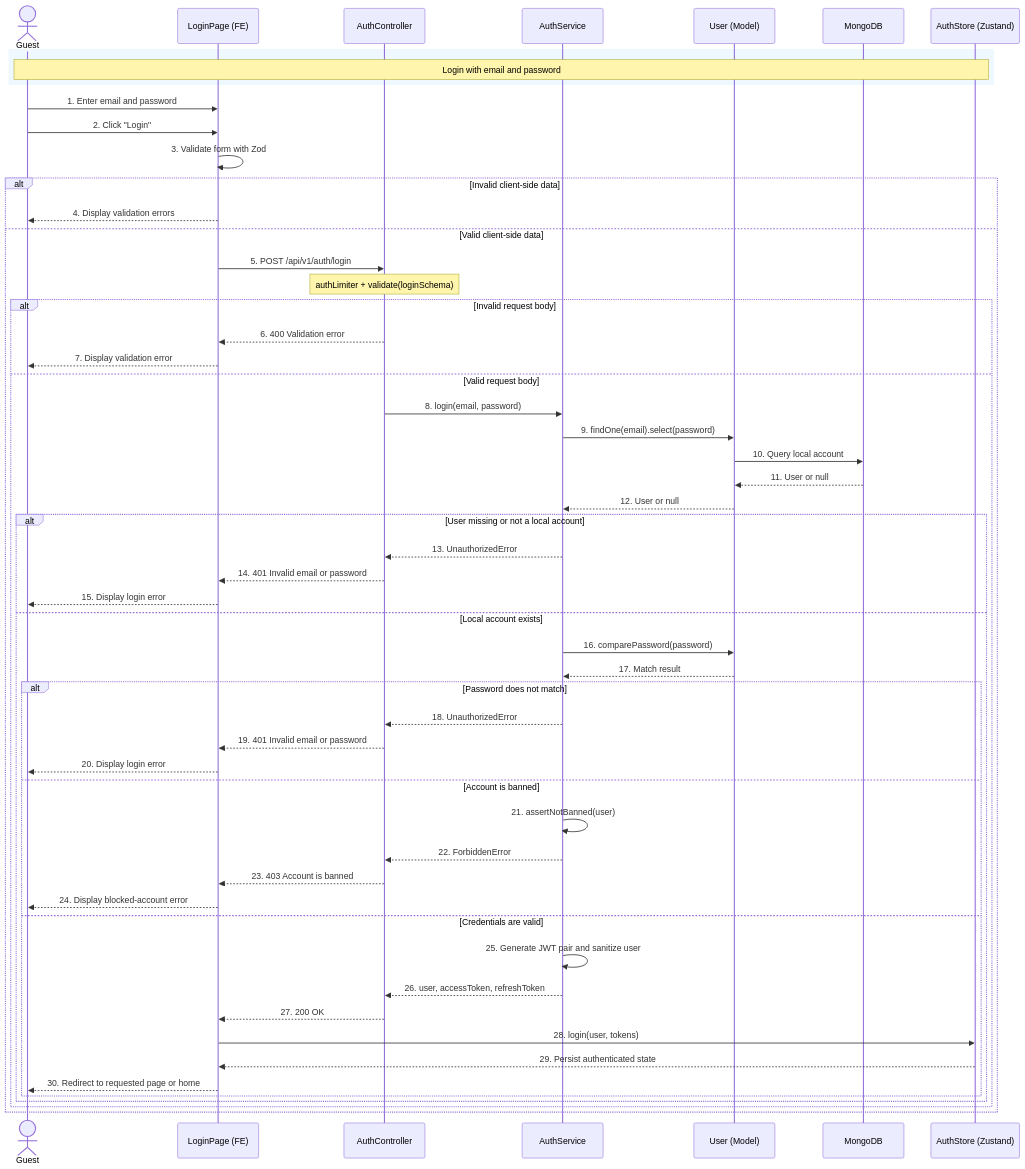
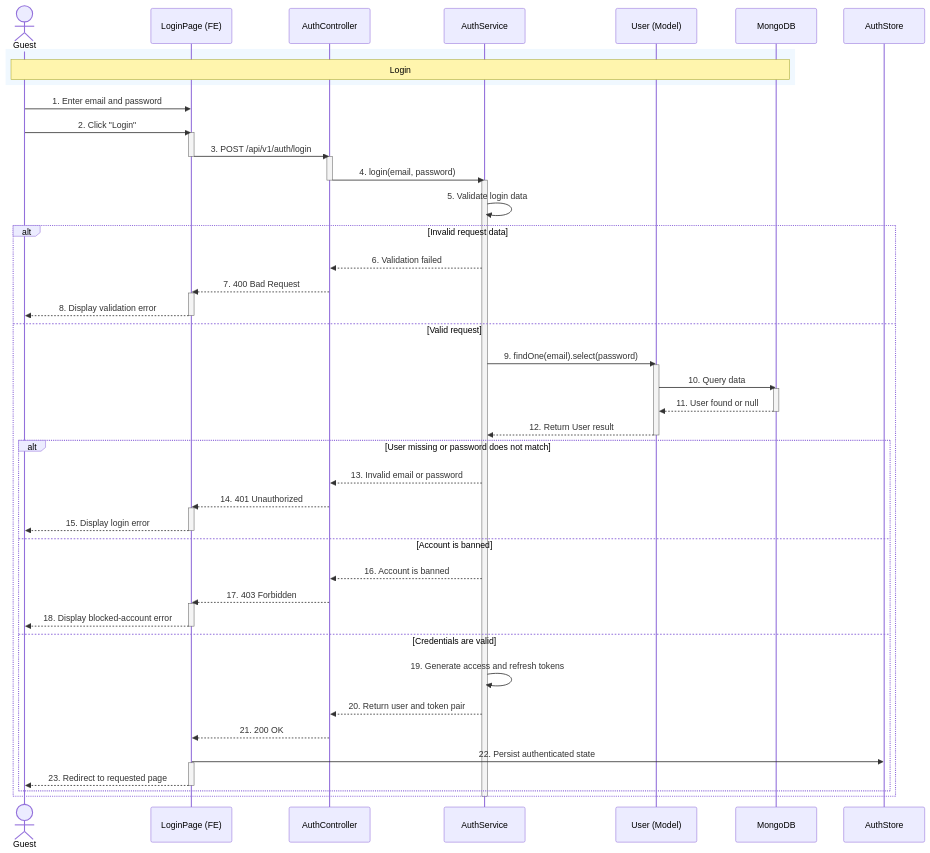
One commit to SUMMER2026SE/wdp301-rbl-project-wdp_se18d08_group-5 changed the fourth of 60 diagrams in docs/19_Detailed_Design.md. Above: the diagram before and after it, drawn with Mermaid. The commit also changed other lines of this file, not shown here.

````diff
--- a/docs/19_Detailed_Design.md
+++ b/docs/19_Detailed_Design.md
@@ -154,63 +303,72 @@
 ```mermaid
 sequenceDiagram
-    actor Guest
+    actor A as Guest
     participant FE as LoginPage (FE)
     participant Ctrl as AuthController
     participant Svc as AuthService
     participant Model as User (Model)
     participant DB as MongoDB
-    participant Store as AuthStore (Zustand)
+    participant Store as AuthStore
 
     rect rgb(240,248,255)
-        Note over Guest,Store: Login with email and password
+        Note over A,DB: Login
     end
 
-    Guest->>FE: 1. Enter email and password
-    Guest->>FE: 2. Click "Login"
-    FE->>FE: 3. Validate form with Zod
+    A->>FE: 1. Enter email and password
+    A->>FE: 2. Click "Login"
 
-    alt Invalid client-side data
-        FE-->>Guest: 4. Display validation errors
-    else Valid client-side data
-        FE->>Ctrl: 5. POST /api/v1/auth/login
-        Note over Ctrl: authLimiter + validate(loginSchema)
+    activate FE
+    FE->>Ctrl: 3. POST /api/v1/auth/login
+    deactivate FE
 
-        alt Invalid request body
-            Ctrl-->>FE: 6. 400 Validation error
-            FE-->>Guest: 7. Display validation error
-        else Valid request body
-            Ctrl->>Svc: 8. login(email, password)
-            Svc->>Model: 9. findOne(email).select(password)
-            Model->>DB: 10. Query local account
-            DB-->>Model: 11. User or null
-            Model-->>Svc: 12. User or null
+    activate Ctrl
+    Ctrl->>Svc: 4. login(email, password)
+    deactivate Ctrl
 
-            alt User missing or not a local account
-                Svc-->>Ctrl: 13. UnauthorizedError
-                Ctrl-->>FE: 14. 401 Invalid email or password
-                FE-->>Guest: 15. Display login error
-            else Local account exists
-                Svc->>Model: 16. comparePassword(password)
-                Model-->>Svc: 17. Match result
+    activate Svc
+    Svc->>Svc: 5. Validate login data
 
-                alt Password does not match
-                    Svc-->>Ctrl: 18. UnauthorizedError
-                    Ctrl-->>FE: 19. 401 Invalid email or password
-                    FE-->>Guest: 20. Display login error
-                else Account is banned
-                    Svc->>Svc: 21. assertNotBanned(user)
-                    Svc-->>Ctrl: 22. ForbiddenError
-                    Ctrl-->>FE: 23. 403 Account is banned
-                    FE-->>Guest: 24. Display blocked-account error
-                else Credentials are valid
-                    Svc->>Svc: 25. Generate JWT pair and sanitize user
-                    Svc-->>Ctrl: 26. user, accessToken, refreshToken
-                    Ctrl-->>FE: 27. 200 OK
-                    FE->>Store: 28. login(user, tokens)
-                    Store-->>FE: 29. Persist authenticated state
-                    FE-->>Guest: 30. Redirect to requested page or home
-                end
-            end
+    alt Invalid request data
+        Svc-->>Ctrl: 6. Validation failed
+        Ctrl-->>FE: 7. 400 Bad Request
+        activate FE
+        FE-->>A: 8. Display validation error
+        deactivate FE
+
+    else Valid request
+        Svc->>Model: 9. findOne(email).select(password)
+        activate Model
+        Model->>DB: 10. Query data
+        activate DB
+        DB-->>Model: 11. User found or null
+        deactivate DB
+        Model-->>Svc: 12. Return User result
+        deactivate Model
+
+        alt User missing or password does not match
+            Svc-->>Ctrl: 13. Invalid email or password
+            Ctrl-->>FE: 14. 401 Unauthorized
+            activate FE
+            FE-->>A: 15. Display login error
+            deactivate FE
+
+        else Account is banned
+            Svc-->>Ctrl: 16. Account is banned
+            Ctrl-->>FE: 17. 403 Forbidden
+            activate FE
+            FE-->>A: 18. Display blocked-account error
+            deactivate FE
+
+        else Credentials are valid
+            Svc->>Svc: 19. Generate access and refresh tokens
+            Svc-->>Ctrl: 20. Return user and token pair
+            Ctrl-->>FE: 21. 200 OK
+            FE->>Store: 22. Persist authenticated state
+            activate FE
+            FE-->>A: 23. Redirect to requested page
+            deactivate FE
         end
     end
+
+    deactivate Svc
 ```
````
